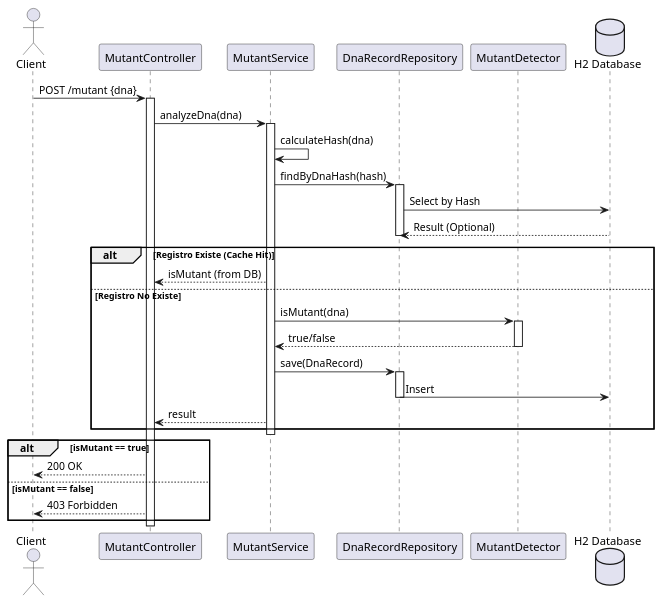
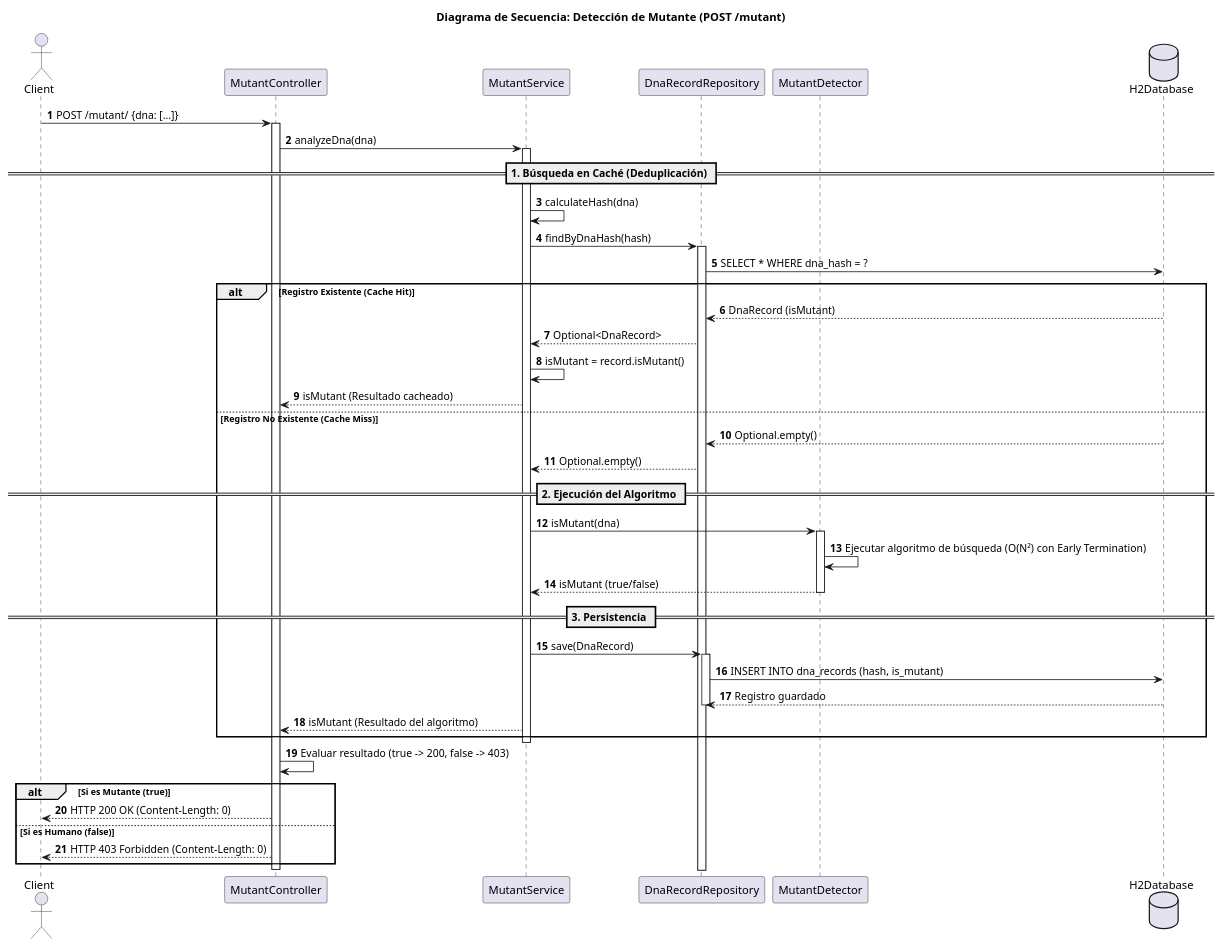
One commit to talaverano1/mutantes changed the diagram in README.md. Above: the diagram before and after it, drawn with PlantUML.

Commit message:
Update sequence diagram for mutant detection process

````diff
--- a/README.md
+++ b/README.md
@@ -161,49 +161,69 @@
 ```plantuml
 @startuml
-actor Client
-participant "MutantController" as Controller
-participant "MutantService" as Service
-participant "DnaRecordRepository" as Repository
-participant "MutantDetector" as Detector
-database "H2 Database" as DB
+skinparam style strict
 
-Client -> Controller: POST /mutant {dna}
+title Diagrama de Secuencia: Detección de Mutante (POST /mutant)
+autonumber
+
+actor Client as C
+
+participant MutantController as Controller
+participant MutantService as Service
+participant DnaRecordRepository as Repository
+participant MutantDetector as Detector
+database H2Database as DB
+
+C -> Controller: POST /mutant/ {dna: [...]}
+
 activate Controller
+Controller -> Service: analyzeDna(dna)
 
-Controller -> Service: analyzeDna(dna)
 activate Service
 
-Service -> Service: calculateHash(dna)
-Service -> Repository: findByDnaHash(hash)
-activate Repository
-Repository -> DB: Select by Hash
-DB --> Repository: Result (Optional)
-deactivate Repository
+    == 1. Búsqueda en Caché (Deduplicación) ==
+    Service -> Service: calculateHash(dna)
+    
+    Service -> Repository: findByDnaHash(hash)
+    activate Repository
+    Repository -> DB: SELECT * WHERE dna_hash = ?
+    
+    alt Registro Existente (Cache Hit)
+        DB --> Repository: DnaRecord (isMutant)
+        Repository --> Service: Optional<DnaRecord>
+        Service -> Service: isMutant = record.isMutant()
+        Service --> Controller: isMutant (Resultado cacheado)
+        
+    else Registro No Existente (Cache Miss)
+        DB --> Repository: Optional.empty()
+        Repository --> Service: Optional.empty()
 
-alt Registro Existe (Cache Hit)
-    Service --> Controller: isMutant (from DB)
-else Registro No Existe
-    Service -> Detector: isMutant(dna)
-    activate Detector
-    Detector --> Service: true/false
-    deactivate Detector
+        == 2. Ejecución del Algoritmo ==
+        Service -> Detector: isMutant(dna)
+        activate Detector
+        
+        Detector -> Detector: Ejecutar algoritmo de búsqueda (O(N²) con Early Termination)
+        Detector --> Service: isMutant (true/false)
+        deactivate Detector
+
+        == 3. Persistencia ==
+        Service -> Repository: save(DnaRecord)
+        activate Repository
+        Repository -> DB: INSERT INTO dna_records (hash, is_mutant)
+        DB --> Repository: Registro guardado
+        deactivate Repository
+        
+        Service --> Controller: isMutant (Resultado del algoritmo)
+    end
     
-    Service -> Repository: save(DnaRecord)
-    activate Repository
-    Repository -> DB: Insert
-    deactivate Repository
-    
-    Service --> Controller: result
-end
-
 deactivate Service
 
-alt isMutant == true
-    Controller --> Client: 200 OK
-else isMutant == false
-    Controller --> Client: 403 Forbidden
+Controller -> Controller: Evaluar resultado (true -> 200, false -> 403)
+alt Si es Mutante (true)
+    Controller --> C: HTTP 200 OK (Content-Length: 0)
+else Si es Humano (false)
+    Controller --> C: HTTP 403 Forbidden (Content-Length: 0)
 end
+deactivate Controller
 
-deactivate Controller
 @enduml
 ```
````
